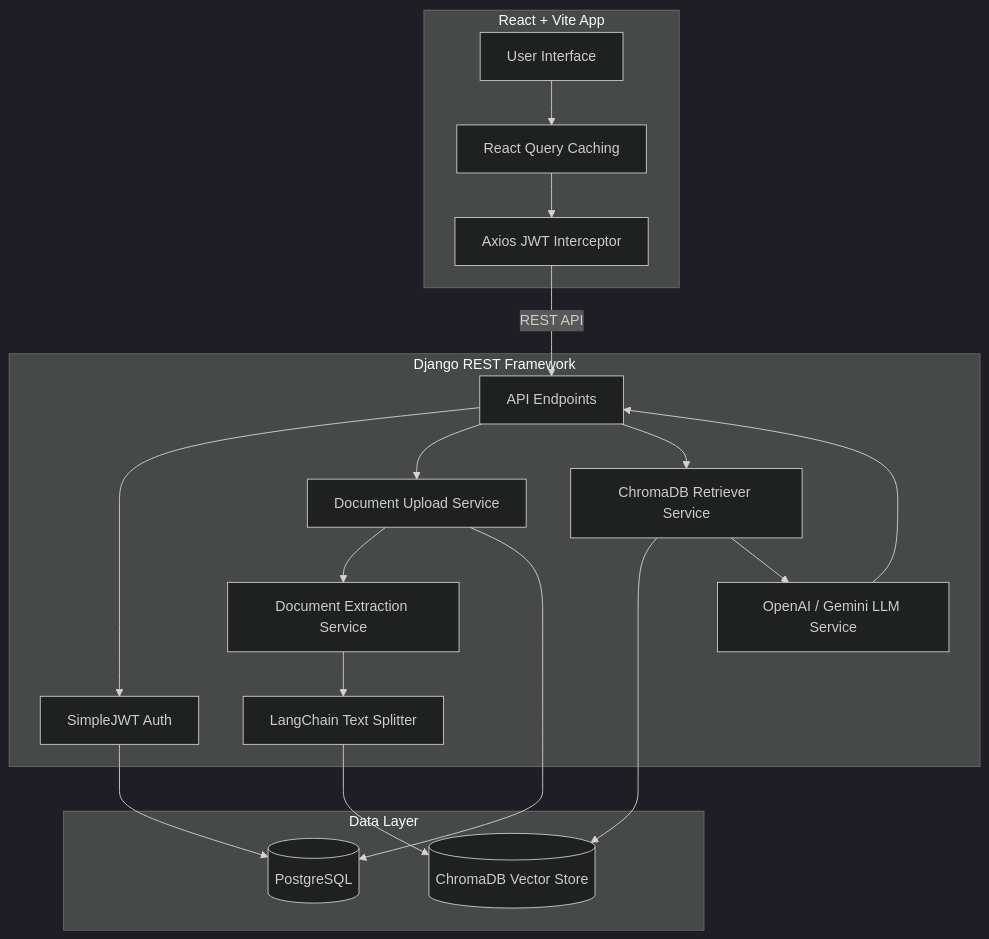
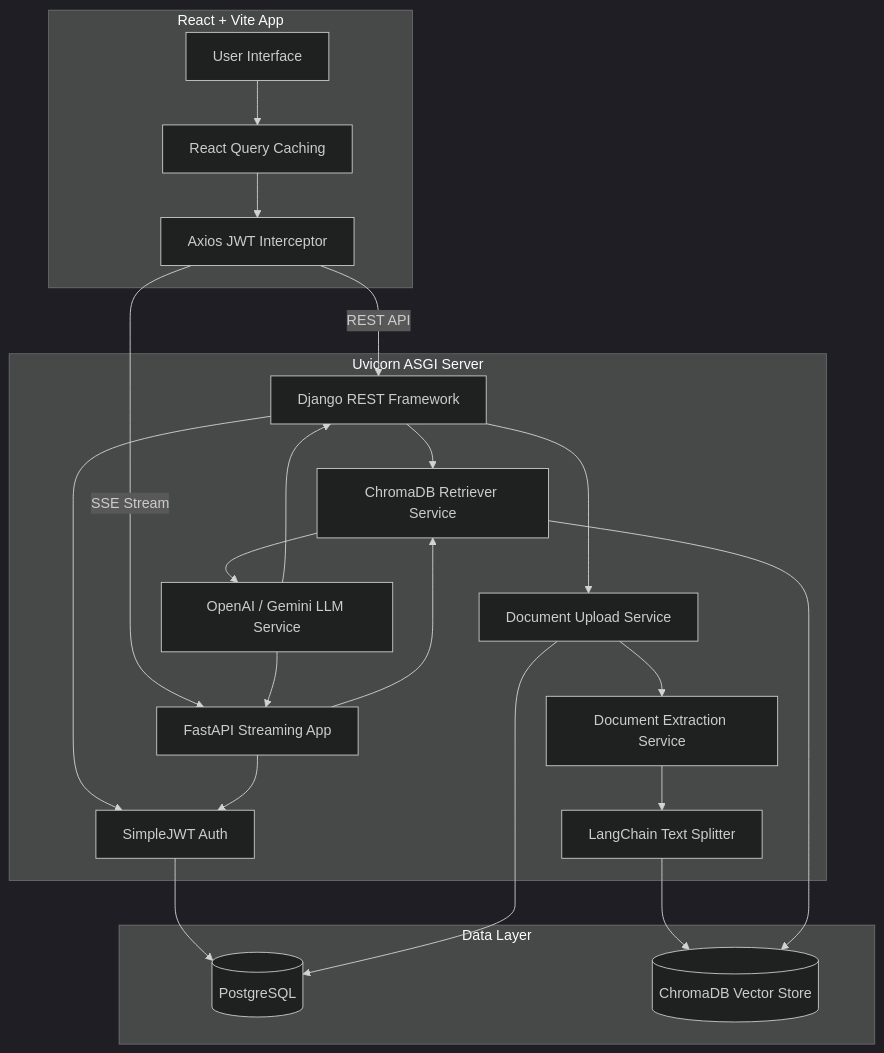
The diagram in README.md (satvikvatsa196-hash/DocuMind-AI), drawn with Mermaid (dark theme) before and after one commit. The commit also changed other lines of this file and 8 other files, not shown here.

Commit message:
feat: Implement real-time streaming responses with FastAPI and SSE

````diff
--- a/README.md
+++ b/README.md
@@ -11,40 +11,45 @@
 ```mermaid
 graph TD
     subgraph Frontend [React + Vite App]
         UI[User Interface]
         ReactQuery[React Query Caching]
         Axios[Axios JWT Interceptor]
         UI --> ReactQuery
         ReactQuery --> Axios
     end
 
-    subgraph Backend [Django REST Framework]
-        API[API Endpoints]
+    subgraph Backend [Uvicorn ASGI Server]
+        Django[Django REST Framework]
+        FastAPI[FastAPI Streaming App]
         JWT[SimpleJWT Auth]
         UploadService[Document Upload Service]
         DocProcessor[Document Extraction Service]
         Chunker[LangChain Text Splitter]
         LLM[OpenAI / Gemini LLM Service]
         Retriever[ChromaDB Retriever Service]
         
-        Axios -- REST API --> API
-        API --> JWT
-        API --> UploadService
+        Axios -- REST API --> Django
+        Axios -- SSE Stream --> FastAPI
+        Django --> JWT
+        FastAPI --> JWT
+        Django --> UploadService
         UploadService --> DocProcessor
         DocProcessor --> Chunker
     end
 
     subgraph Data Layer
         Postgres[(PostgreSQL)]
         Chroma[(ChromaDB Vector Store)]
         
         JWT --> Postgres
         UploadService --> Postgres
         Chunker --> Chroma
         Retriever --> Chroma
     end
 
-    API --> Retriever
+    Django --> Retriever
+    FastAPI --> Retriever
     Retriever --> LLM
-    LLM --> API
+    LLM --> Django
+    LLM --> FastAPI
 ```
````
